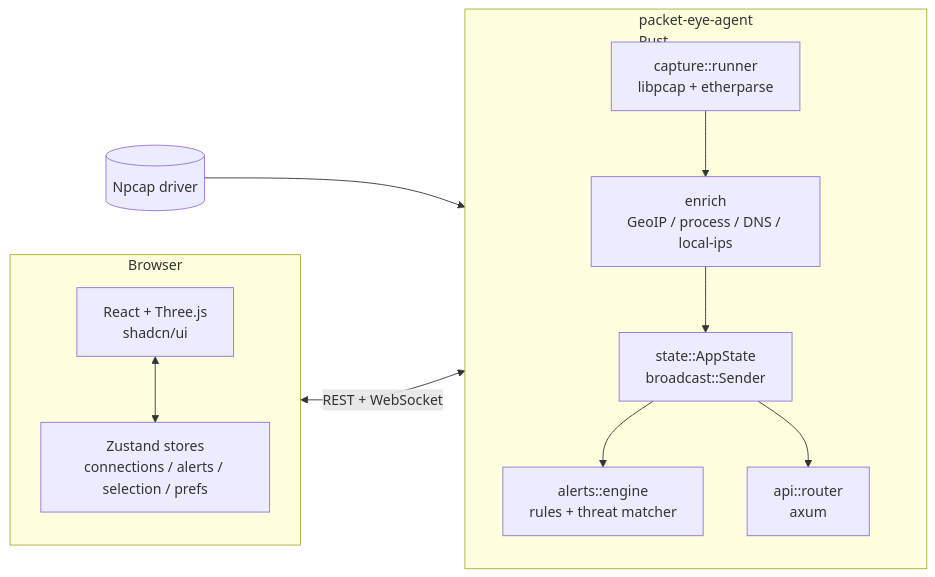
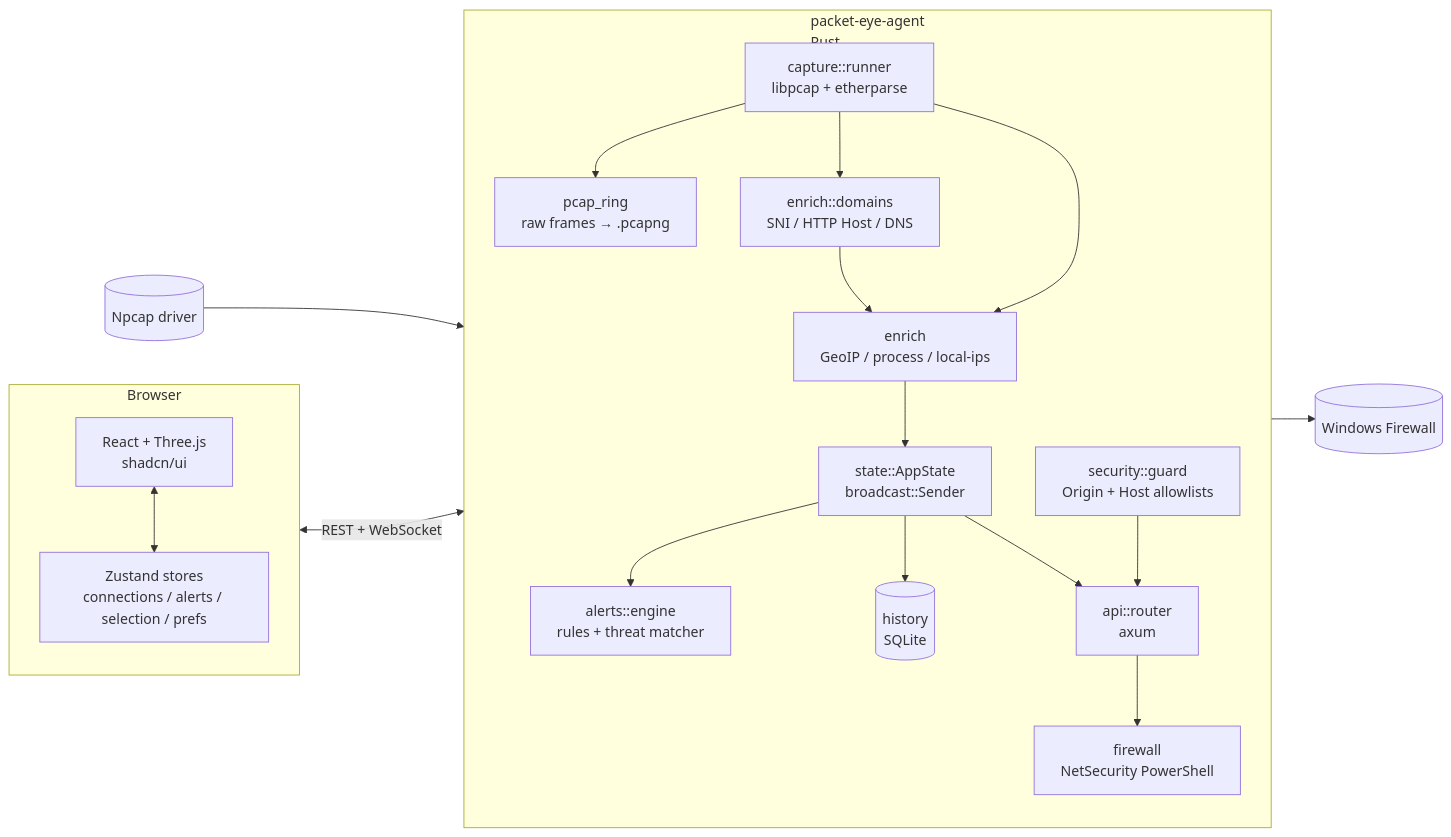
The diagram in docs/reference/architecture.md (florianbematol/packet-eye), drawn with Mermaid before and after one commit. The commit also changed other lines of this file and 14 other files, not shown here.

First line of the commit message:
Document security, export, apps, history and firewall

````diff
--- a/docs/reference/architecture.md
+++ b/docs/reference/architecture.md
@@ -3,23 +3,34 @@
 ```mermaid
 flowchart LR
     subgraph Browser
       UI[React + Three.js<br>shadcn/ui]
       Z[Zustand stores<br>connections / alerts / selection / prefs]
       UI <--> Z
     end
 
     subgraph Agent[packet-eye-agent<br>Rust]
       direction TB
+      Sec[security::guard<br>Origin + Host allowlists]
       Cap[capture::runner<br>libpcap + etherparse]
-      Enr[enrich<br>GeoIP / process / DNS / local-ips]
+      Ring[pcap_ring<br>raw frames → .pcapng]
+      Dom[enrich::domains<br>SNI / HTTP Host / DNS]
+      Enr[enrich<br>GeoIP / process / local-ips]
       Eng[alerts::engine<br>rules + threat matcher]
+      Hist[(history<br>SQLite)]
       St[state::AppState<br>broadcast::Sender]
       Api[api::router<br>axum]
+      Fw[firewall<br>NetSecurity PowerShell]
+      Cap --> Ring
+      Cap --> Dom --> Enr
       Cap --> Enr --> St
       St --> Eng
+      St --> Hist
       St --> Api
+      Api --> Fw
+      Sec --> Api
     end
 
     Npcap[(Npcap driver)] --> Cap
-    Browser <-->|REST + WebSocket| Api
+    Fw --> WinFw[(Windows Firewall)]
+    Browser <-->|REST + WebSocket| Sec
 ```
````
